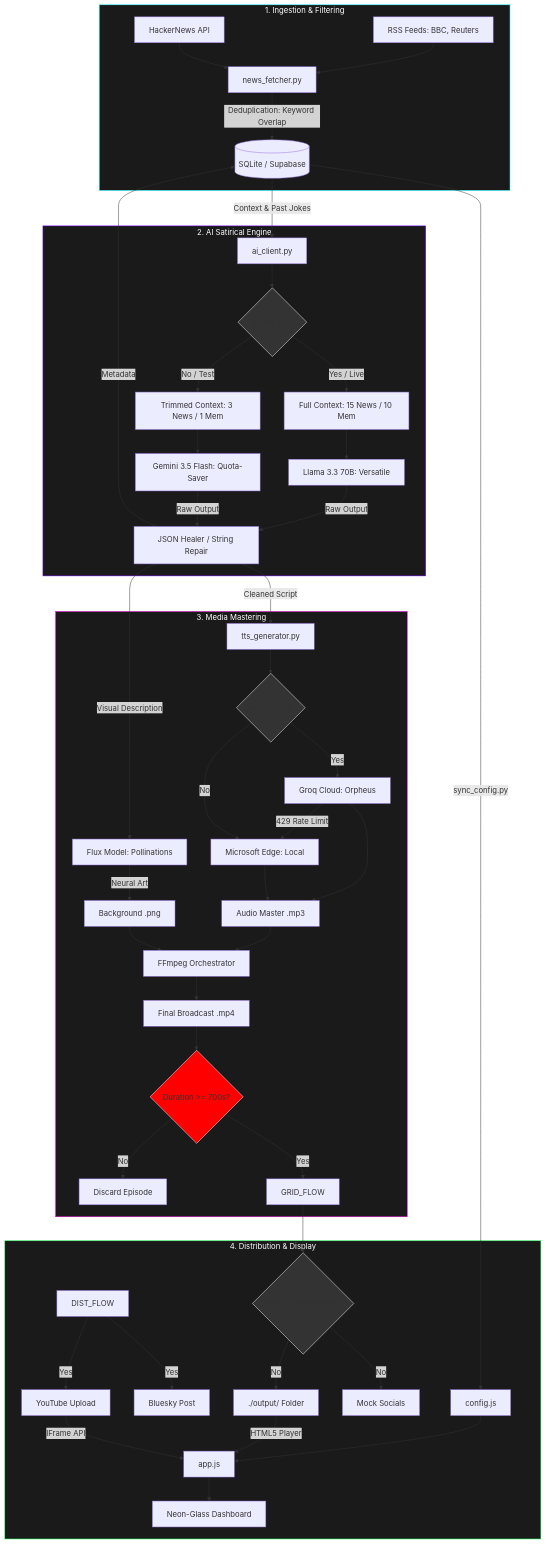
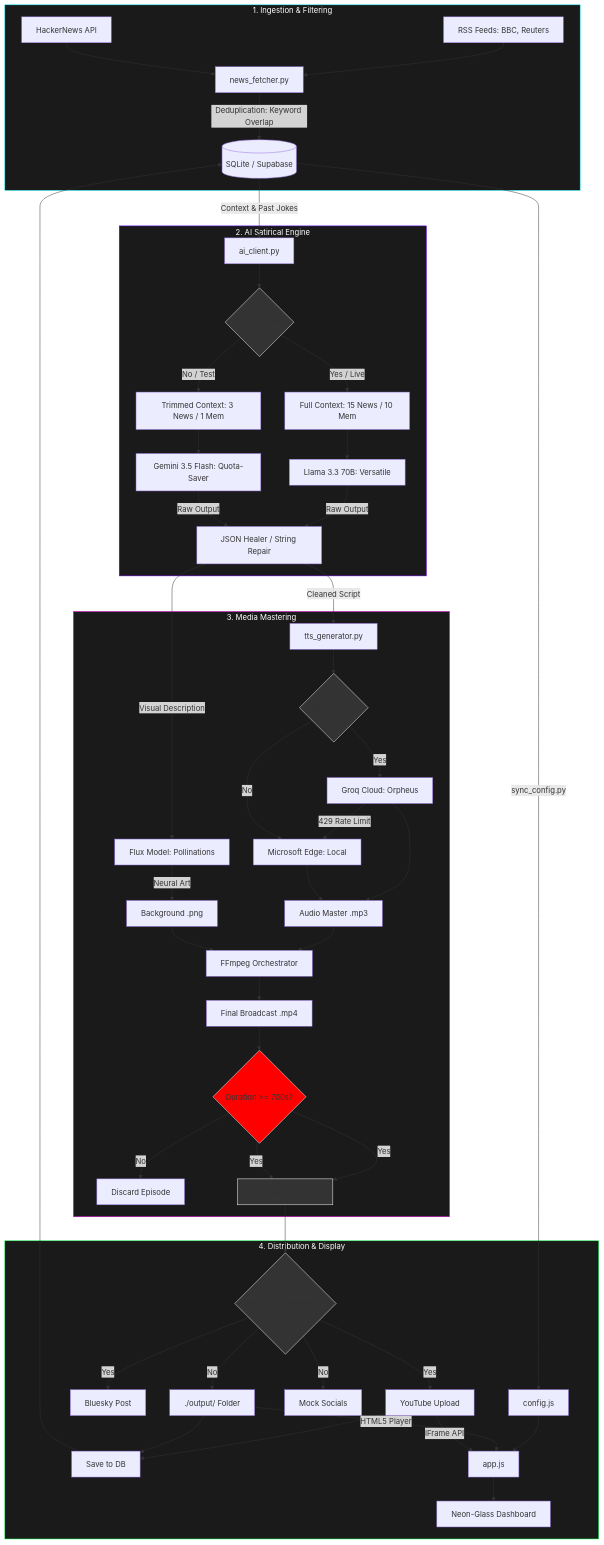
Before and after one commit to mazenemam19/AI-Radio: the diagram in specs/ARCHITECTURE.md, drawn with Mermaid. The commit also changed other lines of this file and 6 other files, not shown here.

````diff
--- a/specs/ARCHITECTURE.md
+++ b/specs/ARCHITECTURE.md
@@ -5,74 +5,78 @@
 ```mermaid
 graph TD
     %% Data Sources
     subgraph Ingestion [1. Ingestion & Filtering]
         RSS[RSS Feeds: BBC, Reuters] --> NF[news_fetcher.py]
         HN[HackerNews API] --> NF
         NF -->|Deduplication: Keyword Overlap| DB[(SQLite / Supabase)]
     end
 %% AI Core
 subgraph Brain [2. AI Satirical Engine]
     DB -->|Context & Past Jokes| AC[ai_client.py]
     AC --> REAL_SWITCH{is_real_run?}
 
     REAL_SWITCH -->|Yes / Live| PROD_LOGIC[Full Context: 15 News / 10 Mem]
     PROD_LOGIC --> L70[Llama 3.3 70B: Versatile]
 
     REAL_SWITCH -->|No / Test| LOCAL_LOGIC[Trimmed Context: 3 News / 1 Mem]
     LOCAL_LOGIC --> G35[Gemini 3.5 Flash: Quota-Saver]
 
     L70 & G35 -->|Raw Output| HEAL[JSON Healer / String Repair]
 end
 
 %% Media Generation
 subgraph Mastering [3. Media Mastering]
     HEAL -->|Cleaned Script| TTS[tts_generator.py]
     TTS --> TTS_SWITCH{is_real_run?}
 
     TTS_SWITCH -->|Yes| GROQ_TTS[Groq Cloud: Orpheus]
     GROQ_TTS -->|429 Rate Limit| EDGE_TTS
 
     TTS_SWITCH -->|No| EDGE_TTS[Microsoft Edge: Local]
 
         
         GROQ_TTS & EDGE_TTS --> AUD[Audio Master .mp3]
         
         HEAL -->|Visual Description| ART[Flux Model: Pollinations]
         ART -->|Neural Art| IMG[Background .png]
         
         AUD & IMG --> FF[FFmpeg Orchestrator]
         FF --> VIDEO[Final Broadcast .mp4]
         VIDEO --> DUR{Duration >= 700s?}
         DUR -->|No| ABORT[Discard Episode]
         DUR -->|Yes| GRID_FLOW
     end
 
     %% Distribution & Dashboard
     subgraph Grid [4. Distribution & Display]
+        DUR -->|Yes| GRID_FLOW[Approved Episode]
         GRID_FLOW --> DIST_ENV{env == 'production'?}
-        DIST_FLOW -->|Yes| YT[YouTube Upload]
-        DIST_FLOW -->|Yes| BKY[Bluesky Post]
+        
+        DIST_ENV -->|Yes| YT[YouTube Upload]
+        DIST_ENV -->|Yes| BKY[Bluesky Post]
         
         DIST_ENV -->|No| LOCAL_OUT[./output/ Folder]
         DIST_ENV -->|No| MOCK[Mock Socials]
         
-        HEAL -->|Metadata| DB
+        YT & LOCAL_OUT --> DB_WRITE[Save to DB]
+        DB_WRITE --> DB[(SQLite / Supabase)]
         
         DB -->|sync_config.py| CFG[config.js]
         CFG --> APP[app.js]
         
         LOCAL_OUT -->|HTML5 Player| APP
         YT -->|IFrame API| APP
         APP --> UI[Neon-Glass Dashboard]
     end
 
     %% Styling
     style Ingestion fill:#1a1a1a,stroke:#00f2ff,color:#fff
     style Brain fill:#1a1a1a,stroke:#7000ff,color:#fff
     style Mastering fill:#1a1a1a,stroke:#ff00ea,color:#fff
     style Grid fill:#1a1a1a,stroke:#00ff40,color:#fff
     style REAL_SWITCH fill:#333,stroke:#fff
     style TTS_SWITCH fill:#333,stroke:#fff
     style DIST_ENV fill:#333,stroke:#fff
+    style GRID_FLOW fill:#333,stroke:#fff
     style DUR fill:#ff0000,stroke:#fff
 ```
````
